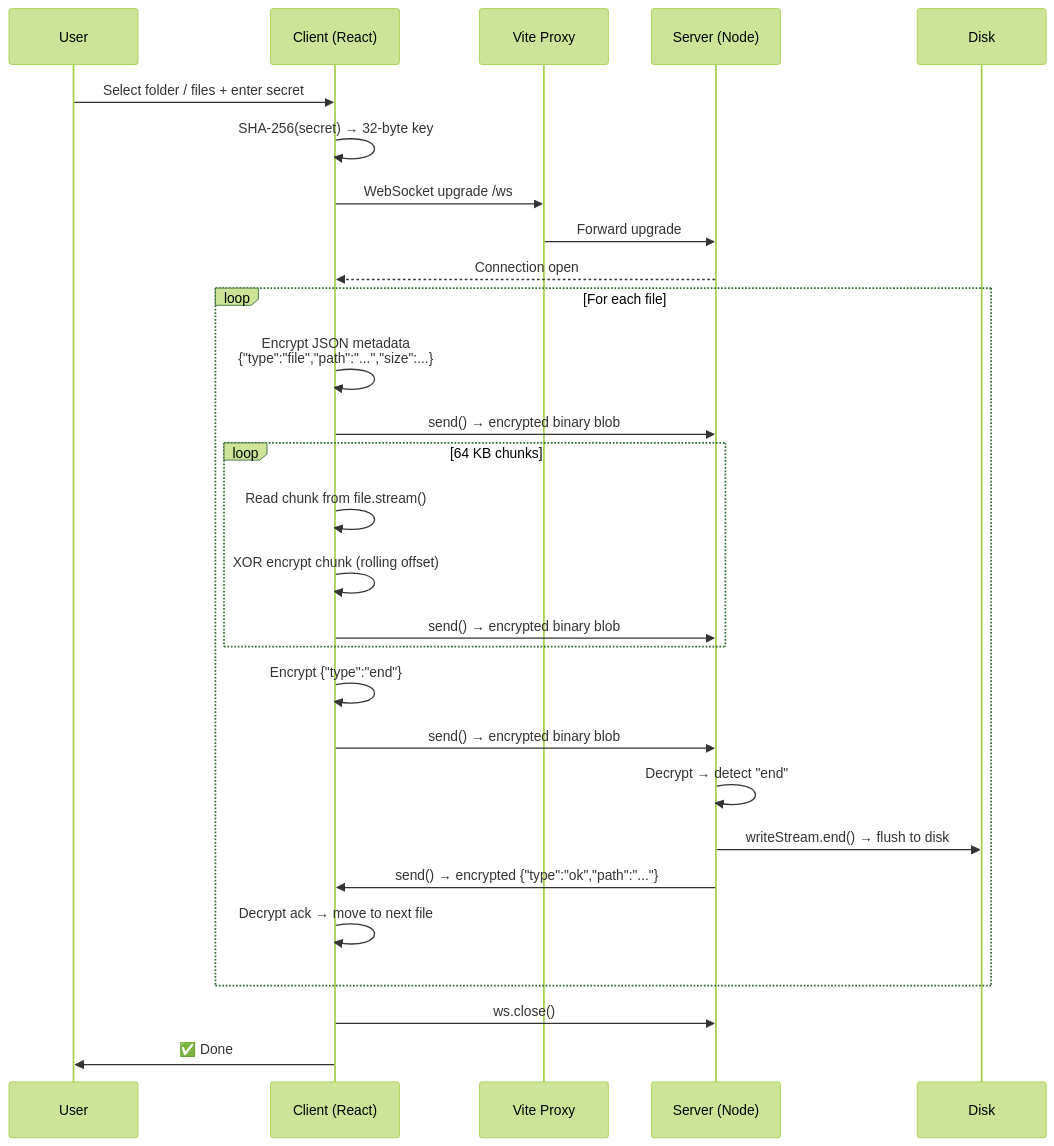
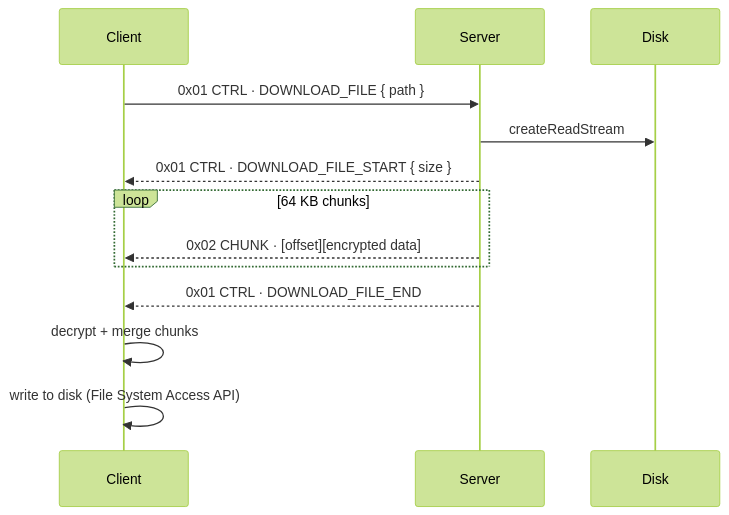
One commit to devravinder/project-file-streamer changed the fifth of 7 diagrams in README.md. Above: the diagram before and after it, drawn with Mermaid (forest theme). The commit also changed other lines of this file and 4 other files, not shown here.

````diff
--- a/README.md
+++ b/README.md
@@ -71,37 +96,16 @@
 ```mermaid
 sequenceDiagram
-    participant U as User
-    participant C as Client (React)
-    participant V as Vite Proxy
-    participant S as Server (Node)
+    participant C as Client
+    participant S as Server
     participant D as Disk
 
-    U->>C: Select folder / files + enter secret
-    C->>C: SHA-256(secret) → 32-byte key
-
-    C->>V: WebSocket upgrade /ws
-    V->>S: Forward upgrade
-    S-->>C: Connection open
-
-    loop For each file
-        C->>C: Encrypt JSON metadata<br/>{"type":"file","path":"...","size":...}
-        C->>S: send() → encrypted binary blob
-
-        loop 64 KB chunks
-            C->>C: Read chunk from file.stream()
-            C->>C: XOR encrypt chunk (rolling offset)
-            C->>S: send() → encrypted binary blob
-        end
-
-        C->>C: Encrypt {"type":"end"}
-        C->>S: send() → encrypted binary blob
-
-        S->>S: Decrypt → detect "end"
-        S->>D: writeStream.end() → flush to disk
-        S->>C: send() → encrypted {"type":"ok","path":"..."}
-        C->>C: Decrypt ack → move to next file
+    C->>S: 0x01 CTRL · DOWNLOAD_FILE { path }
+    S->>D: createReadStream
+    S-->>C: 0x01 CTRL · DOWNLOAD_FILE_START { size }
+    loop 64 KB chunks
+        S-->>C: 0x02 CHUNK · [offset][encrypted data]
     end
-
-    C->>S: ws.close()
-    C->>U: ✅ Done
+    S-->>C: 0x01 CTRL · DOWNLOAD_FILE_END
+    C->>C: decrypt + merge chunks
+    C->>C: write to disk (File System Access API)
 ```
````
